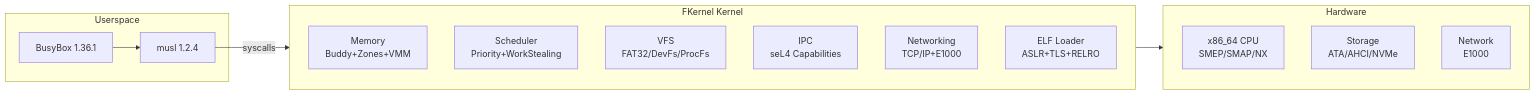
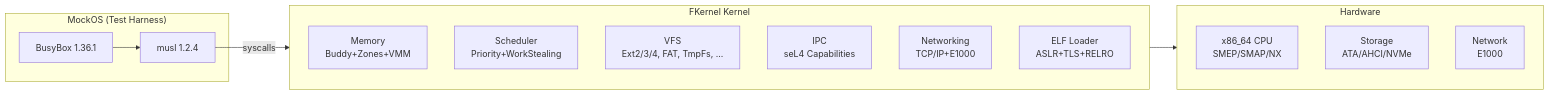
Before and after one commit to KitsuneBSD/FKernel: the second of 2 diagrams in Docs/Architecture/system-overview.md, drawn with Mermaid. The commit also changed other lines of this file and 25 other files, not shown here.

Commit message:
docs(correct-perspective): FKernel é kernel, MockOS é test harness

````diff
--- a/Docs/Architecture/system-overview.md
+++ b/Docs/Architecture/system-overview.md
@@ -20,23 +20,23 @@
 ```mermaid
 flowchart LR
-    subgraph Userspace
+    subgraph MockOS["MockOS (Test Harness)"]
         BB["BusyBox 1.36.1"]
         MUSL["musl 1.2.4"]
     end
     subgraph FKernel["FKernel Kernel"]
         MEM["Memory<br/>Buddy+Zones+VMM"]
         SCHED["Scheduler<br/>Priority+WorkStealing"]
-        VFS["VFS<br/>FAT32/DevFs/ProcFs"]
+        VFS["VFS<br/>Ext2/3/4, FAT, TmpFs, ..."]
         IPC["IPC<br/>seL4 Capabilities"]
         NET["Networking<br/>TCP/IP+E1000"]
         ELF["ELF Loader<br/>ASLR+TLS+RELRO"]
     end
     subgraph Hardware
         CPU["x86_64 CPU<br/>SMEP/SMAP/NX"]
         DISK["Storage<br/>ATA/AHCI/NVMe"]
         NIC["Network<br/>E1000"]
     end
     BB --> MUSL
     MUSL -->|"syscalls"| FKernel
     FKernel --> Hardware
 ```
````
